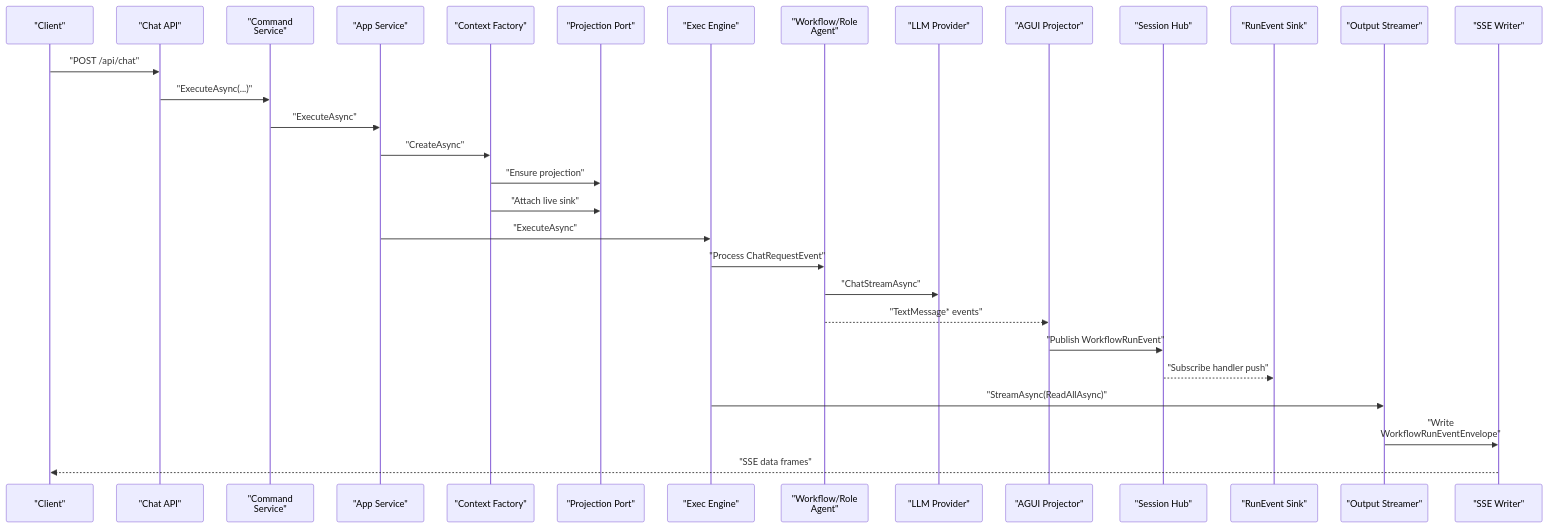
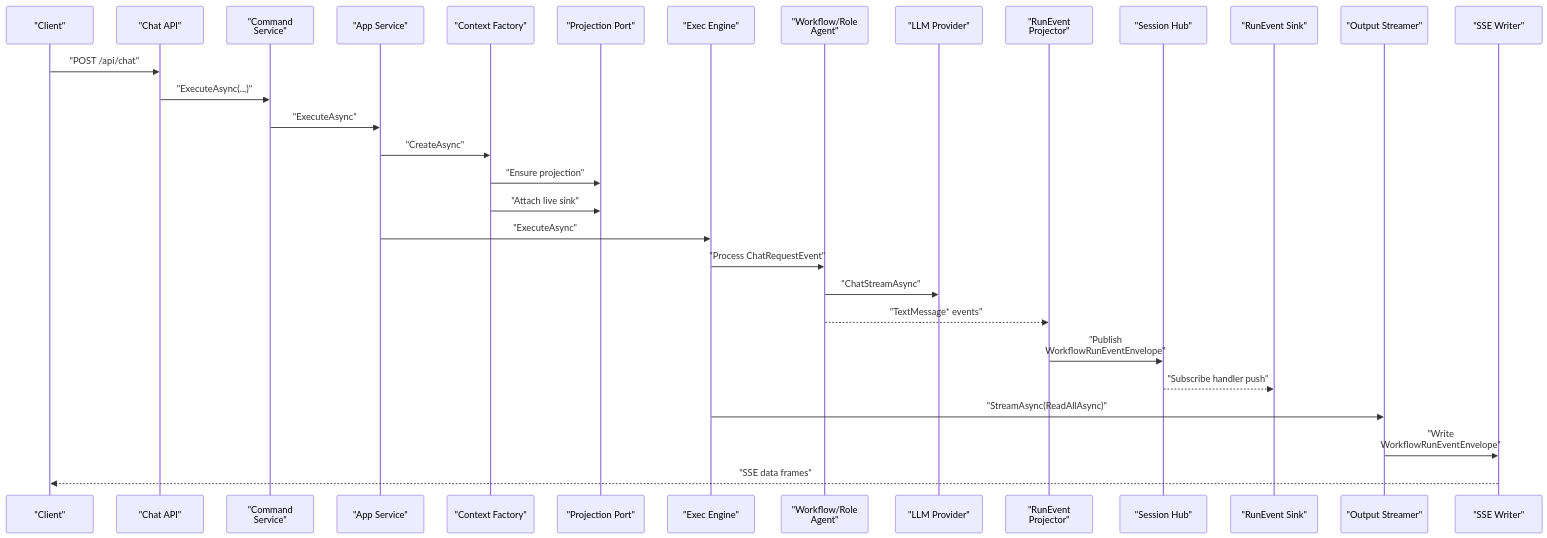
Before and after one commit to aevatarAI/aevatar: the second of 5 diagrams in docs/canon/llm-streaming.md, drawn with Mermaid. The commit also changed other lines of this file and 2 other files, not shown here.

First line of the commit message:
Update workflow streaming canon to current run-event projector names (cluster-015)

````diff
--- a/docs/canon/llm-streaming.md
+++ b/docs/canon/llm-streaming.md
@@ -115,34 +116,34 @@
 ```mermaid
 %%{init: {"maxTextSize": 100000, "flowchart": {"useMaxWidth": false, "nodeSpacing": 10, "rankSpacing": 50}, "themeVariables": {"fontSize": "10px"}, "sequence": {"useMaxWidth": false, "actorFontSize": 10, "messageFontSize": 10, "noteFontSize": 10, "actorMargin": 40, "messageMargin": 12, "diagramMarginX": 16, "diagramMarginY": 16, "wrap": true}}}%%
 sequenceDiagram
     participant CL as "Client"
     participant API as "Chat API"
     participant CMD as "Command Service"
     participant APP as "App Service"
     participant CTX as "Context Factory"
     participant LIF as "Projection Port"
     participant ENG as "Exec Engine"
     participant ACT as "Workflow/Role Agent"
     participant LLM as "LLM Provider"
-    participant PRJ as "AGUI Projector"
+    participant PRJ as "RunEvent Projector"
     participant HUB as "Session Hub"
     participant SINK as "RunEvent Sink"
     participant OUT as "Output Streamer"
     participant SSE as "SSE Writer"
 
     CL->>API: "POST /api/chat"
     API->>CMD: "ExecuteAsync(...)"
     CMD->>APP: "ExecuteAsync"
     APP->>CTX: "CreateAsync"
     CTX->>LIF: "Ensure projection"
     CTX->>LIF: "Attach live sink"
     APP->>ENG: "ExecuteAsync"
     ENG->>ACT: "Process ChatRequestEvent"
     ACT->>LLM: "ChatStreamAsync"
     ACT-->>PRJ: "TextMessage* events"
-    PRJ->>HUB: "Publish WorkflowRunEvent"
+    PRJ->>HUB: "Publish WorkflowRunEventEnvelope"
     HUB-->>SINK: "Subscribe handler push"
     ENG->>OUT: "StreamAsync(ReadAllAsync)"
     OUT->>SSE: "Write WorkflowRunEventEnvelope"
     SSE-->>CL: "SSE data frames"
 ```
````
